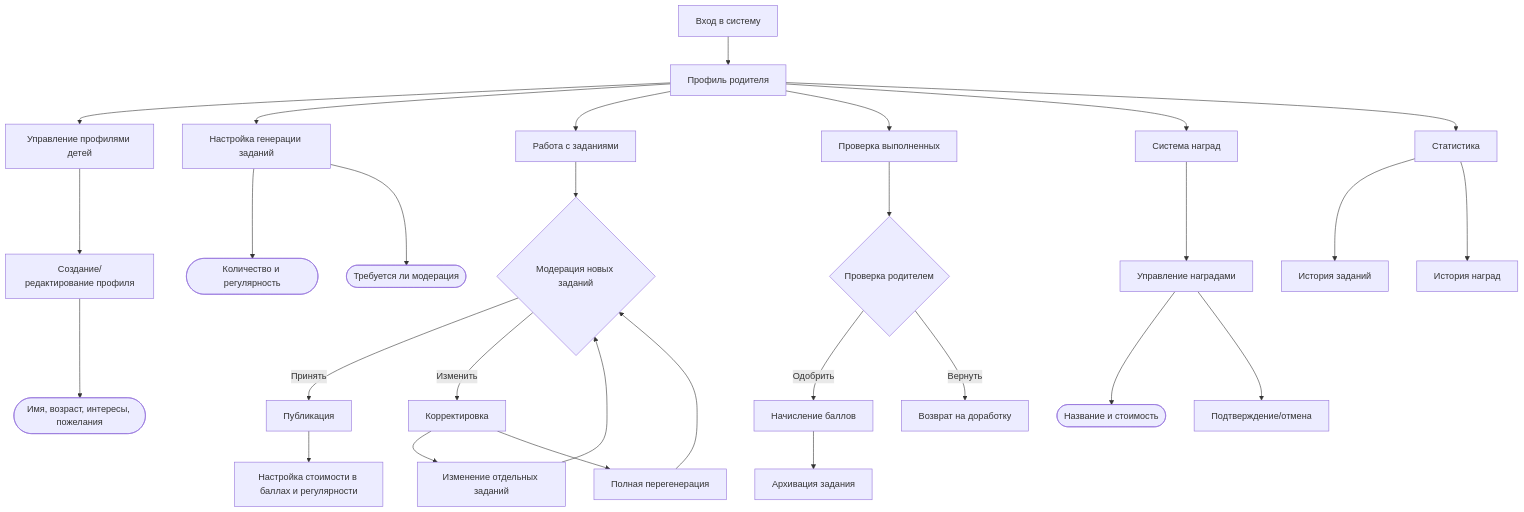
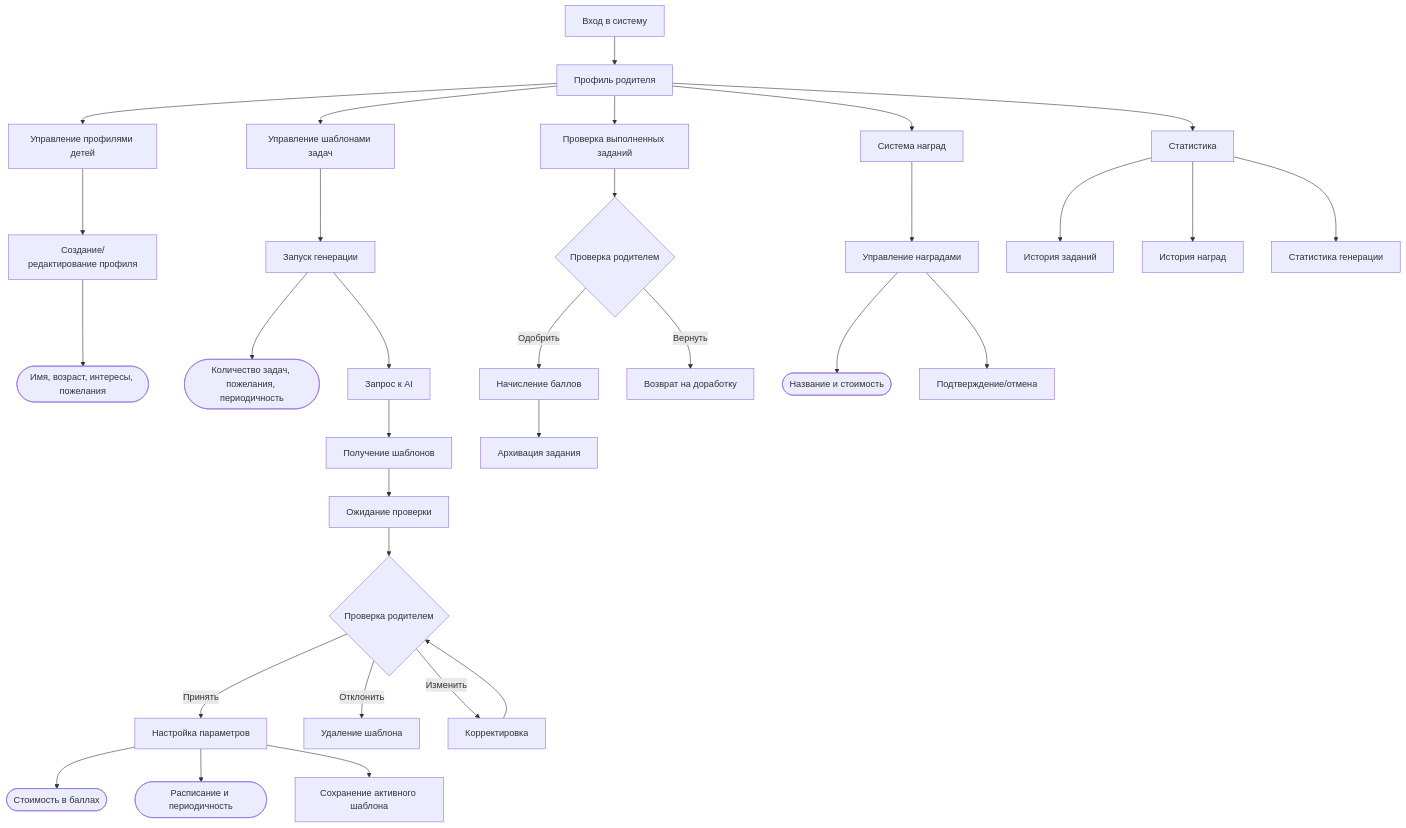
One commit to kid-tasks-ai/kid-tasks-ai changed the diagram in docs/diagrams/parent.mermaid. Above: the diagram before and after it, drawn with Mermaid. The commit also changed 2 other files, not shown here.

Commit message:
Create diagrams (#4)
* add flow diagrams

* fix spaces

* add db diagram

```diff
--- a/docs/diagrams/parent.mermaid
+++ b/docs/diagrams/parent.mermaid
@@ -1,35 +1,44 @@
 flowchart TD
-    A[Вход в систему] --> B[Профиль родителя]
+    A1[Вход в систему] --> A2[Профиль родителя]
 
-    B --> C[Управление профилями детей]
-    C --> D[Создание/редактирование профиля]
-    D --> D1([Имя, возраст, интересы, пожелания])
+    %% Управление профилями детей
+    A2 --> B1[Управление профилями детей]
+    B1 --> B2[Создание/редактирование профиля]
+    B2 --> B3([Имя, возраст, интересы, пожелания])
 
-    B --> E[Настройка генерации заданий]
-    E --> E1([Количество и регулярность])
-    E --> E2([Требуется ли модерация])
+    %% Процесс генерации и модерации шаблонов
+    A2 --> C1[Управление шаблонами задач]
+    C1 --> C2[Запуск генерации]
+    C2 --> C3([Количество задач, пожелания, периодичность])
+    C2 --> C4[Запрос к AI]
+    C4 --> C5[Получение шаблонов]
+    C5 --> C6[Ожидание проверки]
 
-    B --> F[Работа с заданиями]
-    F --> F1{Модерация новых заданий}
-    F1 -->|Принять| F2[Публикация]
-    F1 -->|Изменить| F3[Корректировка]
-    F3 --> F3A[Изменение отдельных заданий]
-    F3 --> F3B[Полная перегенерация]
-    F3A --> F1
-    F3B --> F1
-    F2 --> F4[Настройка стоимости в баллах и регулярности]
+    C6 --> C7{Проверка родителем}
+    C7 -->|Принять| C8[Настройка параметров]
+    C7 -->|Отклонить| C9[Удаление шаблона]
+    C7 -->|Изменить| C10[Корректировка]
+    C10 --> C7
 
-    B --> G[Проверка выполненных]
-    G --> G1{Проверка родителем}
-    G1 -->|Одобрить| G2[Начисление баллов]
-    G1 -->|Вернуть| G3[Возврат на доработку]
-    G2 --> G4[Архивация задания]
+    C8 --> C11([Стоимость в баллах])
+    C8 --> C12([Расписание и периодичность])
+    C8 --> C13[Сохранение активного шаблона]
 
-    B --> H[Система наград]
-    H --> H1[Управление наградами]
-    H1 --> H1A([Название и стоимость])
-    H1 --> H1B[Подтверждение/отмена]
+    %% Проверка выполненных
+    A2 --> D1[Проверка выполненных заданий]
+    D1 --> D2{Проверка родителем}
+    D2 -->|Одобрить| D3[Начисление баллов]
+    D2 -->|Вернуть| D4[Возврат на доработку]
+    D3 --> D5[Архивация задания]
 
-    B --> I[Статистика]
-    I --> I1[История заданий]
-    I --> I2[История наград]
+    %% Система наград
+    A2 --> E1[Система наград]
+    E1 --> E2[Управление наградами]
+    E2 --> E3([Название и стоимость])
+    E2 --> E4[Подтверждение/отмена]
+
+    %% Статистика
+    A2 --> F1[Статистика]
+    F1 --> F2[История заданий]
+    F1 --> F3[История наград]
+    F1 --> F4[Статистика генерации]
```
